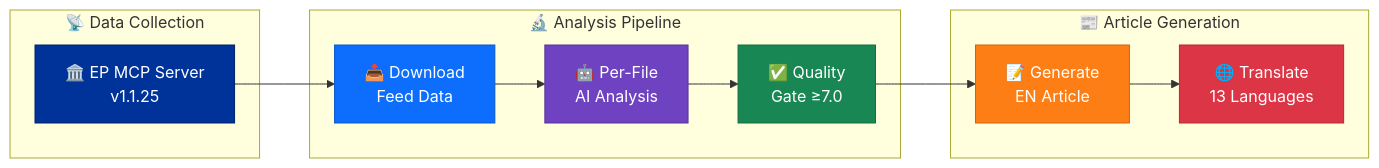
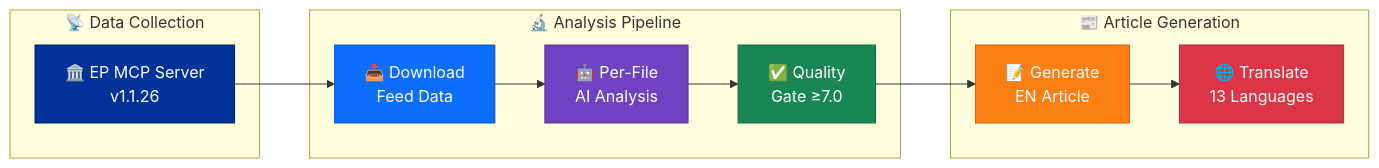
The first of 7 diagrams in analysis/README.md (Hack23/euparliamentmonitor), drawn with Mermaid before and after one commit. The commit also changed other lines of this file and 27 other files, not shown here.

````diff
--- a/analysis/README.md
+++ b/analysis/README.md
@@ -59,26 +59,26 @@
 ```mermaid
 flowchart LR
     subgraph "📡 Data Collection"
-        EP["🏛️ EP MCP Server\nv1.1.25"]
+        EP["🏛️ EP MCP Server\nv1.1.26"]
     end
 
     subgraph "🔬 Analysis Pipeline"
         DL["📥 Download\nFeed Data"]
         AI["🤖 Per-File\nAI Analysis"]
         QG["✅ Quality\nGate ≥7.0"]
     end
 
     subgraph "📰 Article Generation"
         GEN["📝 Generate\nEN Article"]
         TR["🌐 Translate\n13 Languages"]
     end
 
     EP --> DL --> AI --> QG --> GEN --> TR
 
     style EP fill:#003399,stroke:#002266,color:#fff
     style DL fill:#0d6efd,stroke:#0a58ca,color:#fff
     style AI fill:#6f42c1,stroke:#59359a,color:#fff
     style QG fill:#198754,stroke:#146c43,color:#fff
     style GEN fill:#fd7e14,stroke:#ca6510,color:#fff
     style TR fill:#dc3545,stroke:#b02a37,color:#fff
 ```
````
